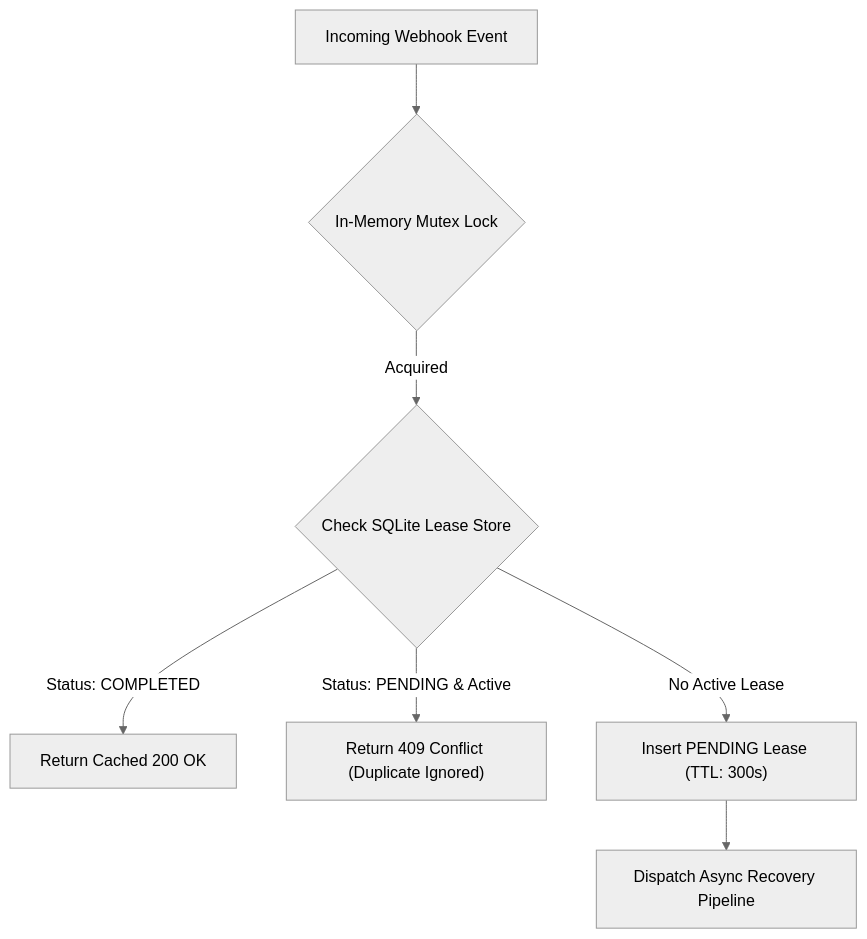
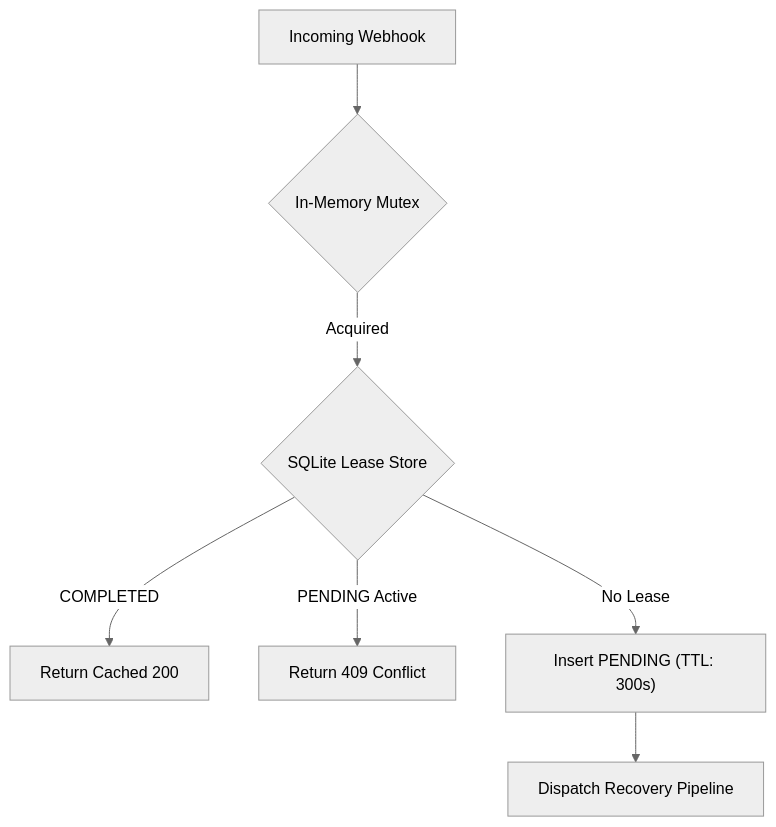
The second of 6 diagrams in README.md (himanshu-2l/Razorpay-Recovery-Brain), drawn with Mermaid (neutral theme) before and after one commit. The commit also changed other lines of this file, not shown here.

````diff
--- a/README.md
+++ b/README.md
@@ -167,9 +159,9 @@
 ```mermaid
 flowchart TD
-    W["Incoming Webhook Event"] --> M{"In-Memory Mutex Lock"}
-    M -->|Acquired| DB{"Check SQLite Lease Store"}
-    DB -->|Status: COMPLETED| R1["Return Cached 200 OK"]
-    DB -->|Status: PENDING & Active| R2["Return 409 Conflict (Duplicate Ignored)"]
-    DB -->|No Active Lease| INS["Insert PENDING Lease (TTL: 300s)"]
-    INS --> DIS["Dispatch Async Recovery Pipeline"]
+    W["Incoming Webhook"] --> M{"In-Memory Mutex"}
+    M -->|Acquired| DB{"SQLite Lease Store"}
+    DB -->|COMPLETED| R1["Return Cached 200"]
+    DB -->|PENDING Active| R2["Return 409 Conflict"]
+    DB -->|No Lease| INS["Insert PENDING (TTL: 300s)"]
+    INS --> DIS["Dispatch Recovery Pipeline"]
 ```
````
